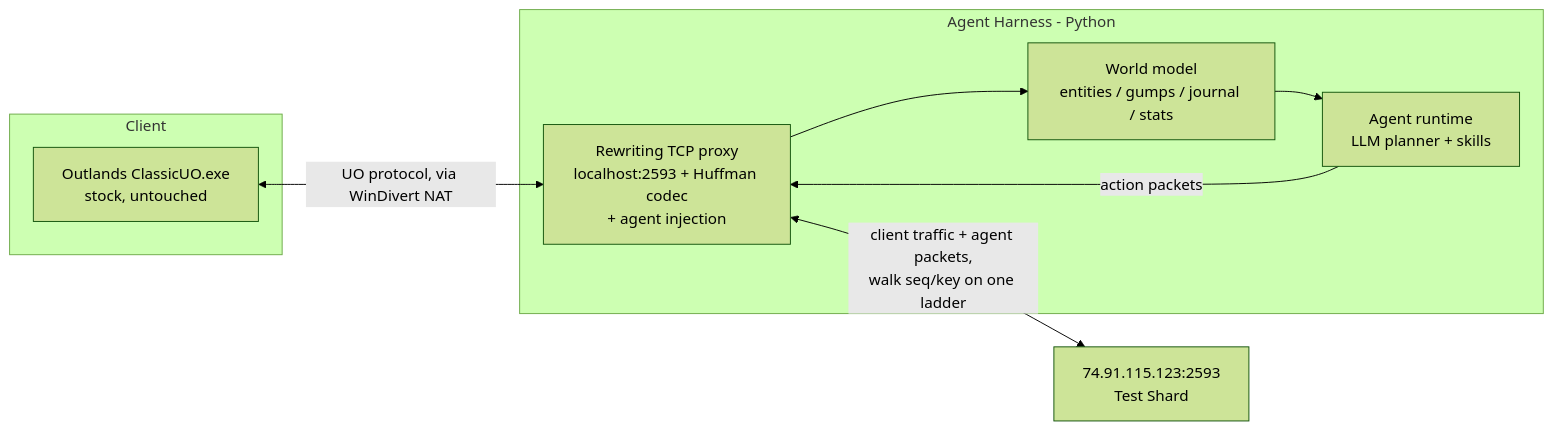
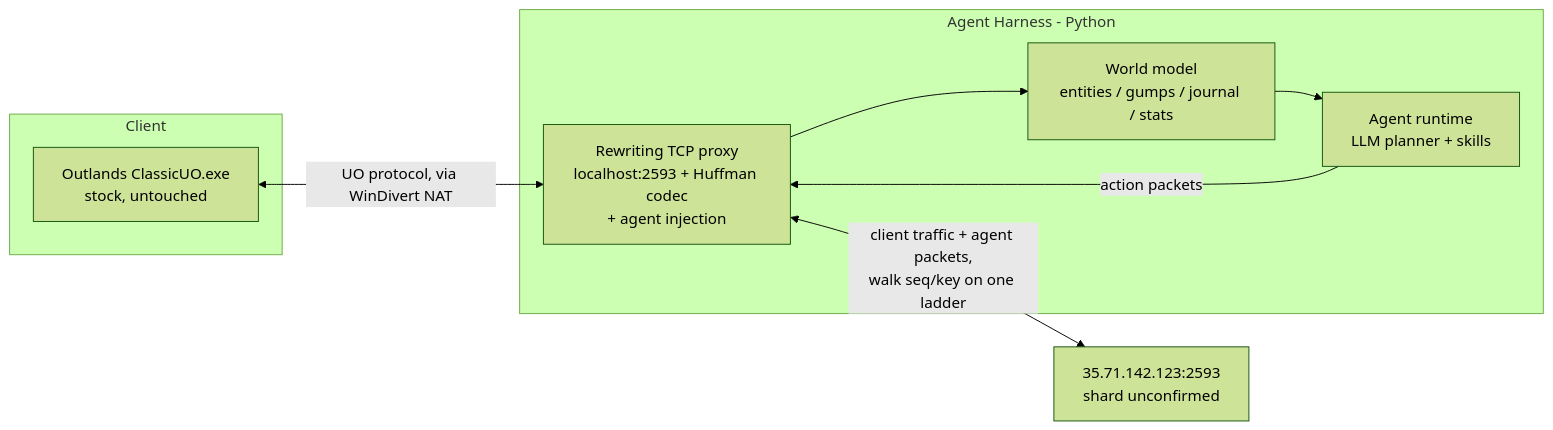
Before and after one commit to chriskite/uo-harness: the diagram in README.md, drawn with Mermaid (forest theme). The commit also changed other lines of this file and 6 other files, not shown here.

````diff
--- a/README.md
+++ b/README.md
@@ -9,15 +9,15 @@
 ```mermaid
 flowchart LR
   subgraph Client
     CUO[Outlands ClassicUO.exe<br/>stock, untouched]
   end
   subgraph Harness[Agent Harness - Python]
     PX[Rewriting TCP proxy<br/>localhost:2593 + Huffman codec<br/>+ agent injection]
     WM[World model<br/>entities / gumps / journal / stats]
     AG[Agent runtime<br/>LLM planner + skills]
   end
   CUO <-->|UO protocol, via WinDivert NAT| PX
-  PX <-->|client traffic + agent packets,<br/>walk seq/key on one ladder| SRV[74.91.115.123:2593<br/>Test Shard]
+  PX <-->|client traffic + agent packets,<br/>walk seq/key on one ladder| SRV[35.71.142.123:2593<br/>shard unconfirmed]
   PX --> WM --> AG
   AG -->|action packets| PX
 ```
````
